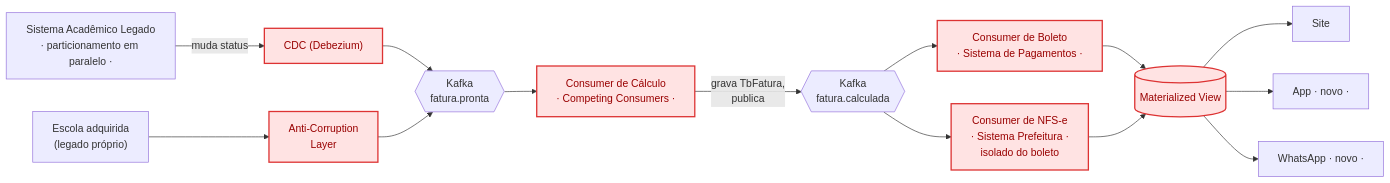
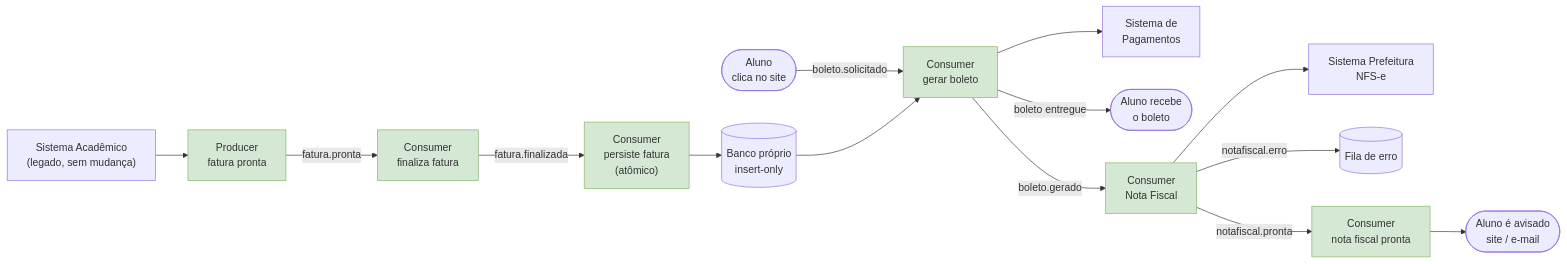
One commit to lealnetosena/colegio-leal changed the diagram in diagramas/02-arquitetura-proposta.md. Above: the diagram before and after it, drawn with Mermaid. The commit also changed other lines of this file and 5 other files, not shown here.

````diff
--- a/diagramas/02-arquitetura-proposta.md
+++ b/diagramas/02-arquitetura-proposta.md
@@ -12,20 +10,21 @@
 ```mermaid
 flowchart LR
-    LEG["Sistema Acadêmico Legado<br/>· particionamento em paralelo ·"] -->|"muda status"| CDC["CDC (Debezium)"]
-    CDC --> K1{{"Kafka<br/>fatura.pronta"}}
-    K1 --> CCALC["Consumer de Cálculo<br/>· Competing Consumers ·"]
-    CCALC -->|"grava TbFatura,<br/>publica"| K2{{"Kafka<br/>fatura.calculada"}}
-    K2 --> CBOL["Consumer de Boleto<br/>· Sistema de Pagamentos ·"]
-    K2 --> CNFE["Consumer de NFS-e<br/>· Sistema Prefeitura ·<br/>isolado do boleto"]
-    CBOL --> MV[("Materialized View")]
-    CNFE --> MV
-    MV --> SITE["Site"]
-    MV --> APP["App · novo ·"]
-    MV --> WA["WhatsApp · novo ·"]
+    Legado["Sistema Acadêmico<br/>(legado, sem mudança)"] --> Producer["Producer<br/>fatura pronta"]
+    Producer -->|fatura.pronta| CF["Consumer<br/>finaliza fatura"]
+    CF -->|fatura.finalizada| CP["Consumer<br/>persiste fatura<br/>(atômico)"]
+    CP --> Banco[("Banco próprio<br/>insert-only")]
 
-    ESC2["Escola adquirida<br/>(legado próprio)"] --> ACL["Anti-Corruption<br/>Layer"]
-    ACL --> K1
+    Aluno(["Aluno<br/>clica no site"]) -->|boleto.solicitado| CB["Consumer<br/>gerar boleto"]
+    Banco --> CB
+    CB --> Pagamentos["Sistema de<br/>Pagamentos"]
+    CB -->|boleto entregue| Recebido(["Aluno recebe<br/>o boleto"])
+    CB -->|boleto.gerado| CNF["Consumer<br/>Nota Fiscal"]
 
-    classDef novo fill:#ffe3e3,stroke:#d33,color:#900,stroke-width:2px
-    class CDC,CCALC,CBOL,CNFE,MV,ACL novo
+    CNF --> Prefeitura["Sistema Prefeitura<br/>NFS-e"]
+    CNF -->|notafiscal.erro| ErroFila[("Fila de erro")]
+    CNF -->|notafiscal.pronta| CNP["Consumer<br/>nota fiscal pronta"]
+    CNP --> Aviso(["Aluno é avisado<br/>site / e-mail"])
+
+    classDef novo fill:#d5e8d4,stroke:#82b366
+    class Producer,CF,CP,CB,CNF,CNP novo
 ```
````
